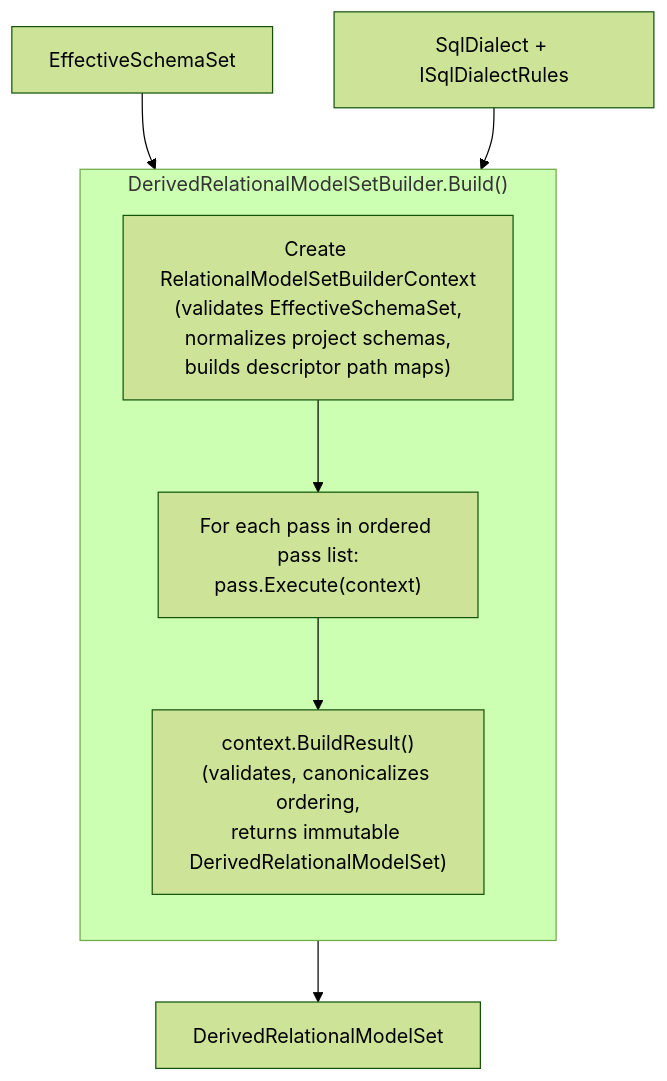
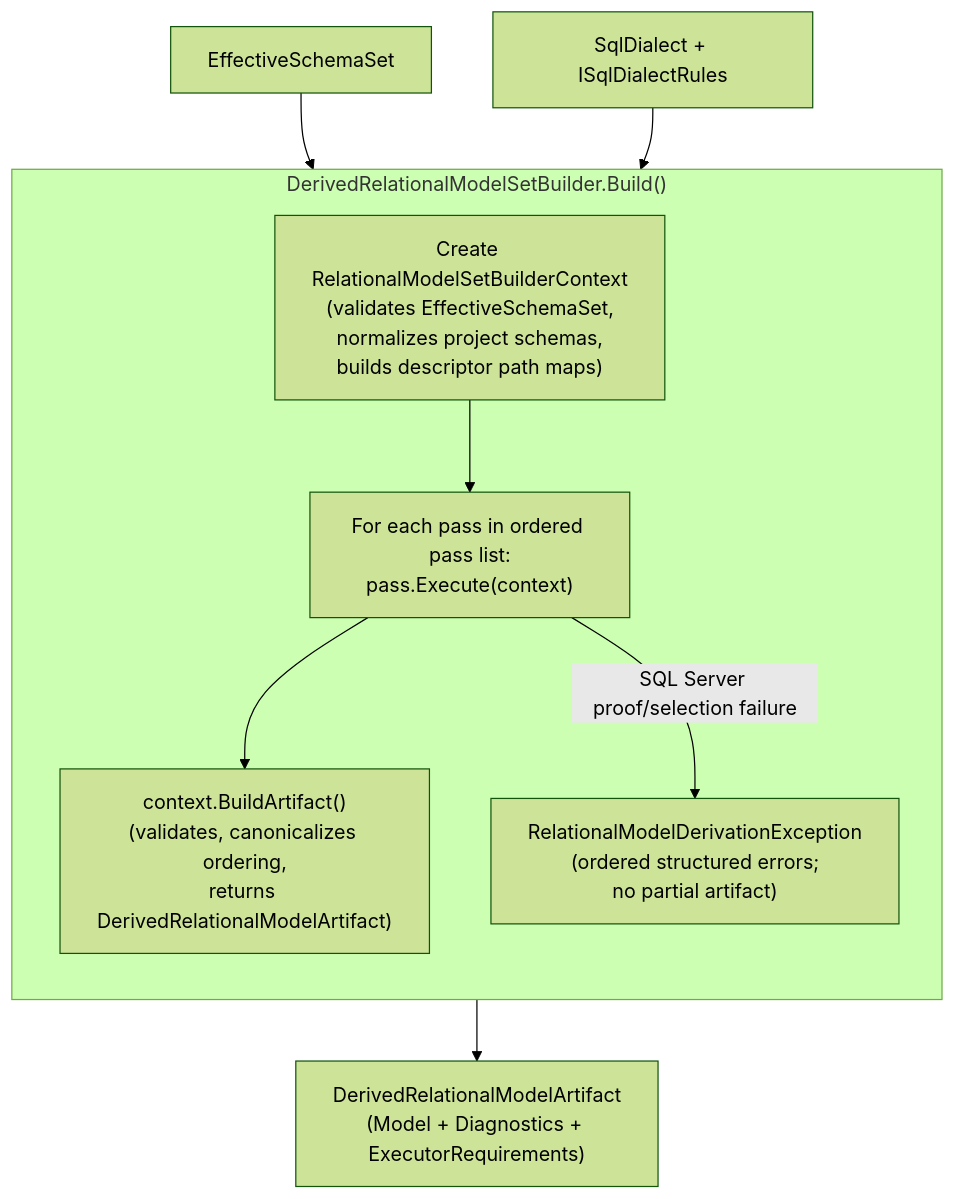
Before and after one commit to Ed-Fi-Alliance-OSS/Data-Management-Service: the ninth of 16 diagrams in reference/design/backend-redesign/presentations/relational-model-presentation.md, drawn with Mermaid (forest theme). The commit also changed other lines of this file and 50 other files, not shown here.

````diff
--- a/reference/design/backend-redesign/presentations/relational-model-presentation.md
+++ b/reference/design/backend-redesign/presentations/relational-model-presentation.md
@@ -475,17 +554,19 @@
 ```mermaid
 flowchart TD
     subgraph Builder["DerivedRelationalModelSetBuilder.Build()"]
         direction TB
         CREATE["Create RelationalModelSetBuilderContext<br/>(validates EffectiveSchemaSet,<br/>normalizes project schemas,<br/>builds descriptor path maps)"]
 
         LOOP["For each pass in ordered pass list:<br/>pass.Execute(context)"]
 
-        RESULT["context.BuildResult()<br/>(validates, canonicalizes ordering,<br/>returns immutable DerivedRelationalModelSet)"]
+        RESULT["context.BuildArtifact()<br/>(validates, canonicalizes ordering,<br/>returns DerivedRelationalModelArtifact)"]
+        ERROR["RelationalModelDerivationException<br/>(ordered structured errors;<br/>no partial artifact)"]
 
         CREATE --> LOOP --> RESULT
+        LOOP -->|SQL Server proof/selection failure| ERROR
     end
 
     ESS["EffectiveSchemaSet"] --> CREATE
     DIALECT["SqlDialect + ISqlDialectRules"] --> CREATE
-    RESULT --> DRMS["DerivedRelationalModelSet"]
+    RESULT --> ARTIFACT["DerivedRelationalModelArtifact<br/>(Model + Diagnostics + ExecutorRequirements)"]
 ```
````
